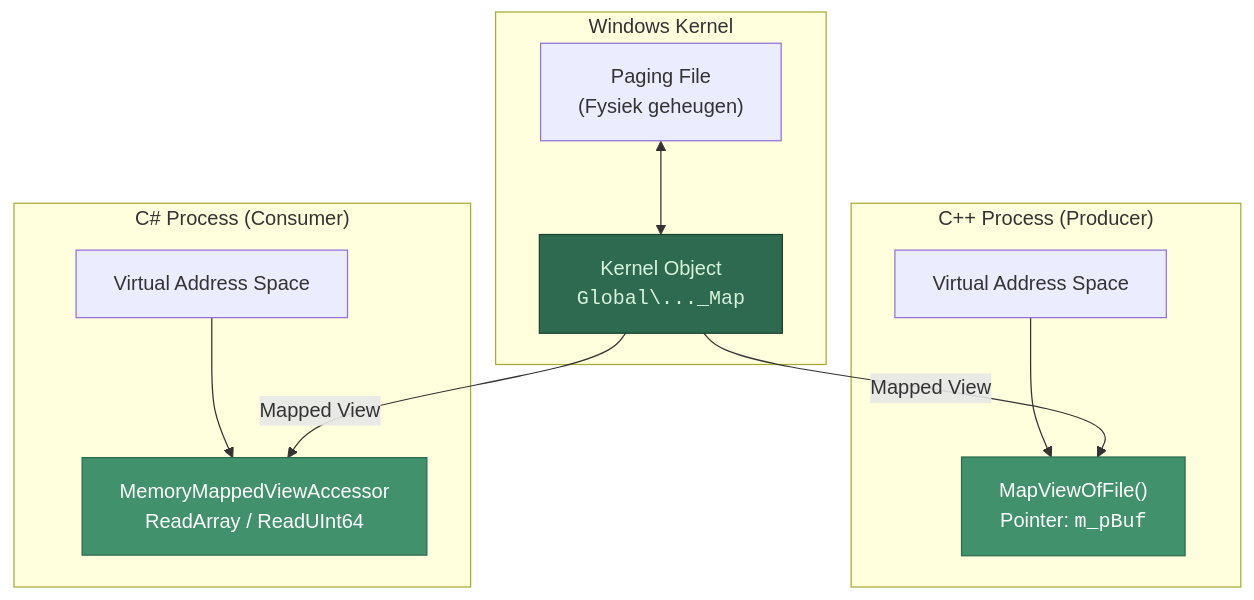
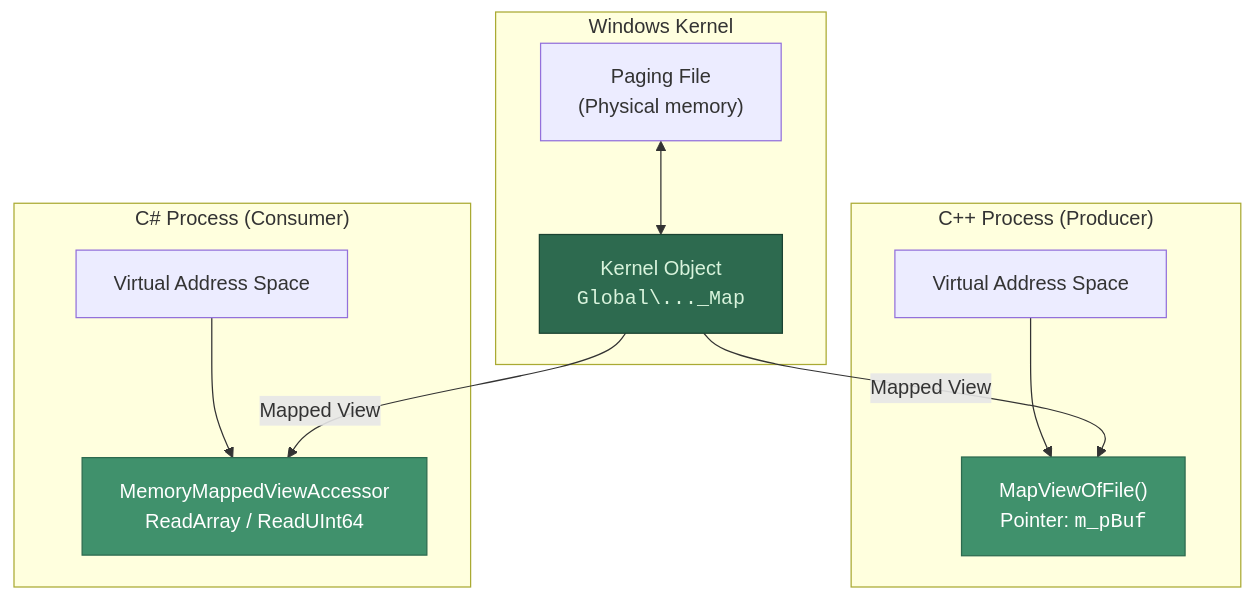
One commit to snodeplannen/sharedvar changed the fourth of 23 diagrams in SharedValueV3_MemMap/ARCHITECTURE.md. Above: the diagram before and after it, drawn with Mermaid. The commit also changed other lines of this file and 90 other files, not shown here.

````diff
--- a/SharedValueV3_MemMap/ARCHITECTURE.md
+++ b/SharedValueV3_MemMap/ARCHITECTURE.md
@@ -163,27 +163,27 @@
 ```mermaid
 flowchart TB
     subgraph "Windows Kernel"
-        PF["Paging File<br/>(Fysiek geheugen)"]
+        PF["Paging File<br/>(Physical memory)"]
         KO["Kernel Object<br/><code>Global\..._Map</code>"]
         PF <--> KO
     end
 
     subgraph "C++ Process (Producer)"
         VA1["Virtual Address Space"]
         VIEW1["MapViewOfFile()<br/>Pointer: <code>m_pBuf</code>"]
         VA1 --> VIEW1
     end
 
     subgraph "C# Process (Consumer)"
         VA2["Virtual Address Space"]
         VIEW2["MemoryMappedViewAccessor<br/>ReadArray / ReadUInt64"]
         VA2 --> VIEW2
     end
 
     KO -->|"Mapped View"| VIEW1
     KO -->|"Mapped View"| VIEW2
 
     style KO fill:#2d6a4f,stroke:#1b4332,color:#d8f3dc
     style VIEW1 fill:#40916c,stroke:#2d6a4f,color:#fff
     style VIEW2 fill:#40916c,stroke:#2d6a4f,color:#fff
 ```
````
